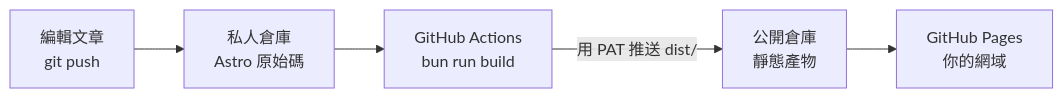
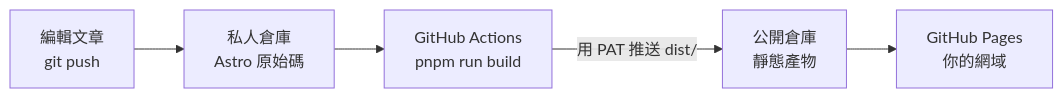
The second of 2 diagrams in src/posts/shokaX/shoka-shokax-astro.mdx (minz71/astro-blog-shokax), drawn with Mermaid before and after one commit. The commit also changed other lines of this file and 1 other file, not shown here.

Commit message:
chore: bun -> pnpm

````diff
--- a/src/posts/shokaX/shoka-shokax-astro.mdx
+++ b/src/posts/shokaX/shoka-shokax-astro.mdx
@@ -277,7 +283,7 @@
 ```mermaid title="倉庫隱藏的部署流程（免費方案）"
 flowchart LR
     A["編輯文章<br/>git push"] --> B["私人倉庫<br/>Astro 原始碼"]
-    B --> C["GitHub Actions<br/>bun run build"]
+    B --> C["GitHub Actions<br/>pnpm run build"]
     C -->|"用 PAT 推送 dist/"| D["公開倉庫<br/>靜態產物"]
     D --> E["GitHub Pages<br/>你的網域"]
 ```
````
